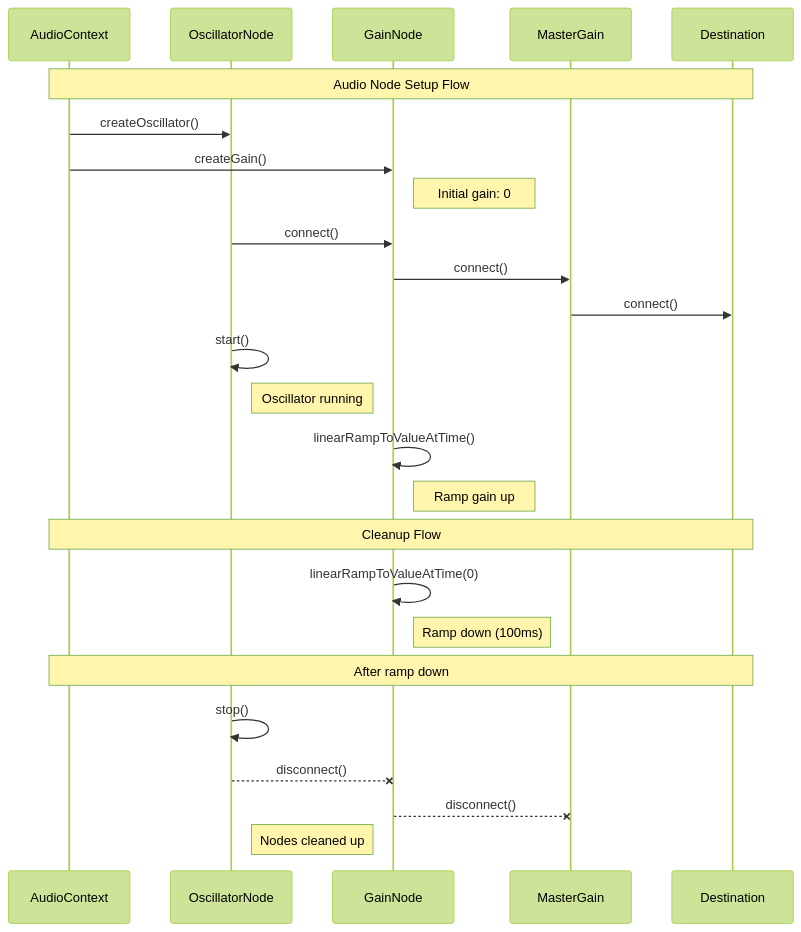
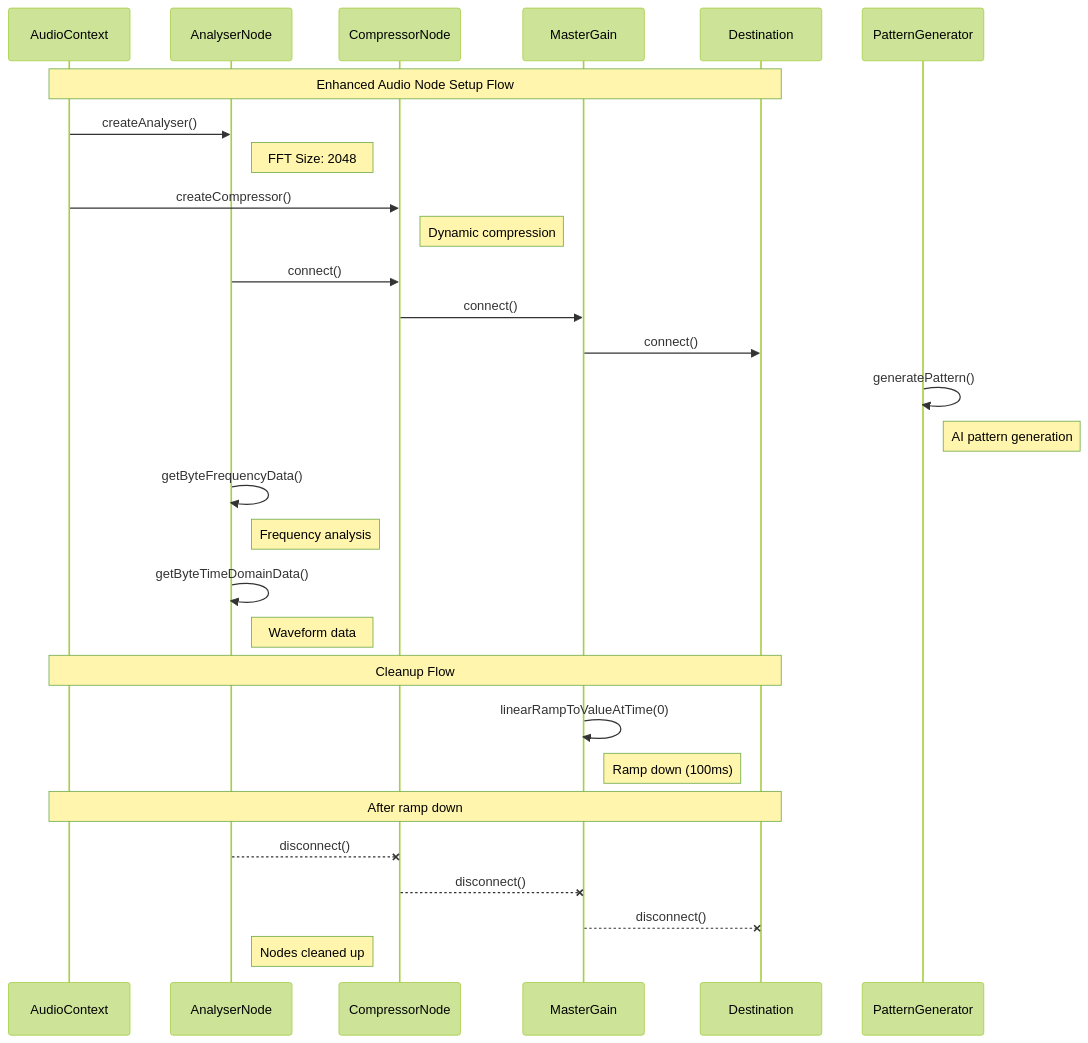
The first of 3 diagrams in diagrams/audio-nodes-flow.md (mgantlett/audio-viz), drawn with Mermaid (forest theme) before and after one commit. The commit also changed other lines of this file and 9 other files, not shown here.

First line of the commit message:
feat(audio): enhance audio system with Magenta pattern generation

````diff
--- a/diagrams/audio-nodes-flow.md
+++ b/diagrams/audio-nodes-flow.md
@@ -9,35 +9,39 @@
 ```mermaid
 sequenceDiagram
     participant AC as AudioContext
-    participant ON as OscillatorNode
-    participant GN as GainNode
+    participant AN as AnalyserNode
+    participant CN as CompressorNode
     participant MG as MasterGain
     participant DS as Destination
+    participant PG as PatternGenerator
 
-    Note over AC,DS: Audio Node Setup Flow
+    Note over AC,DS: Enhanced Audio Node Setup Flow
     
-    AC->>ON: createOscillator()
-    AC->>GN: createGain()
-    Note right of GN: Initial gain: 0
+    AC->>AN: createAnalyser()
+    Note right of AN: FFT Size: 2048
+    AC->>CN: createCompressor()
+    Note right of CN: Dynamic compression
     
-    ON->>GN: connect()
-    GN->>MG: connect()
+    AN->>CN: connect()
+    CN->>MG: connect()
     MG->>DS: connect()
     
-    ON->>ON: start()
-    Note right of ON: Oscillator running
+    PG->>PG: generatePattern()
+    Note right of PG: AI pattern generation
     
-    GN->>GN: linearRampToValueAtTime()
-    Note right of GN: Ramp gain up
+    AN->>AN: getByteFrequencyData()
+    Note right of AN: Frequency analysis
+    AN->>AN: getByteTimeDomainData()
+    Note right of AN: Waveform data
 
     Note over AC,DS: Cleanup Flow
     
-    GN->>GN: linearRampToValueAtTime(0)
-    Note right of GN: Ramp down (100ms)
+    MG->>MG: linearRampToValueAtTime(0)
+    Note right of MG: Ramp down (100ms)
     
     Note over AC,DS: After ramp down
-    ON->>ON: stop()
-    ON--xGN: disconnect()
-    GN--xMG: disconnect()
-    Note right of ON: Nodes cleaned up
+    AN--xCN: disconnect()
+    CN--xMG: disconnect()
+    MG--xDS: disconnect()
+    Note right of AN: Nodes cleaned up
 ```
````
